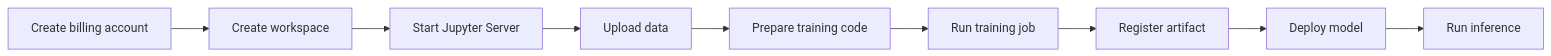
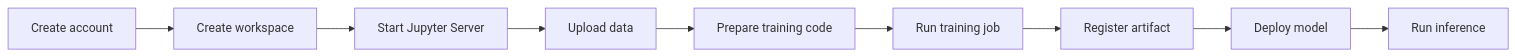
The diagram in DOCS/getting_started/index.md (AnnaSemenec/neurostack-docs), drawn with Mermaid before and after one commit. The commit also changed other lines of this file and 2 other files, not shown here.

Commit message:
docs: add plan selection to user journey, update product decisions and account creation flow

````diff
--- a/DOCS/getting_started/index.md
+++ b/DOCS/getting_started/index.md
@@ -19,11 +18,11 @@
 ```mermaid
 graph LR
-    A[Create billing account] --> B[Create workspace]
+    A[Create account] --> B[Create workspace]
     B --> C[Start Jupyter Server]
     C --> D[Upload data]
     D --> E[Prepare training code]
     E --> F[Run training job]
     F --> G[Register artifact]
     G --> H[Deploy model]
     H --> I[Run inference]
 ```
````
